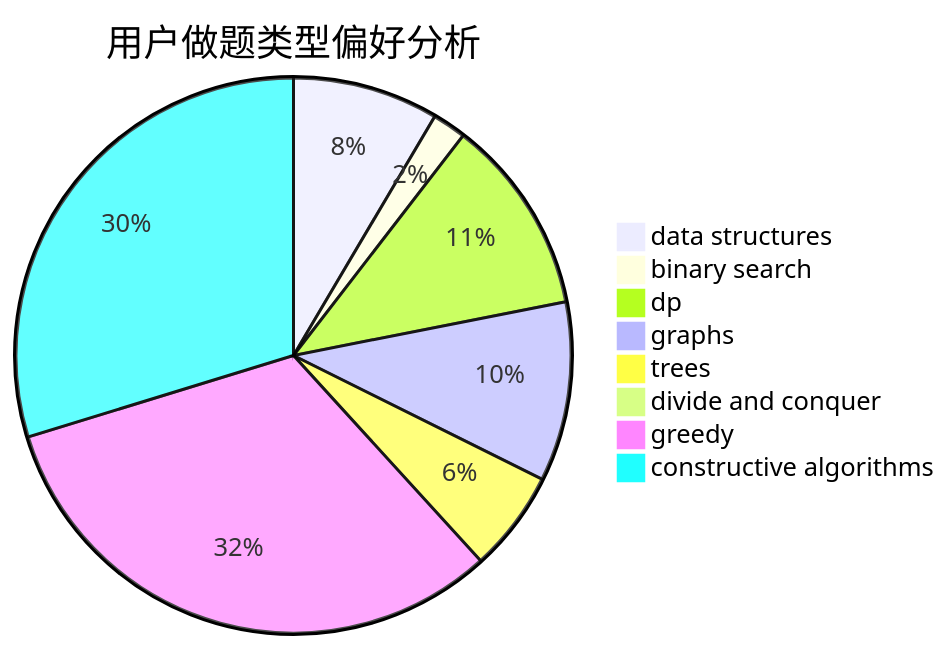
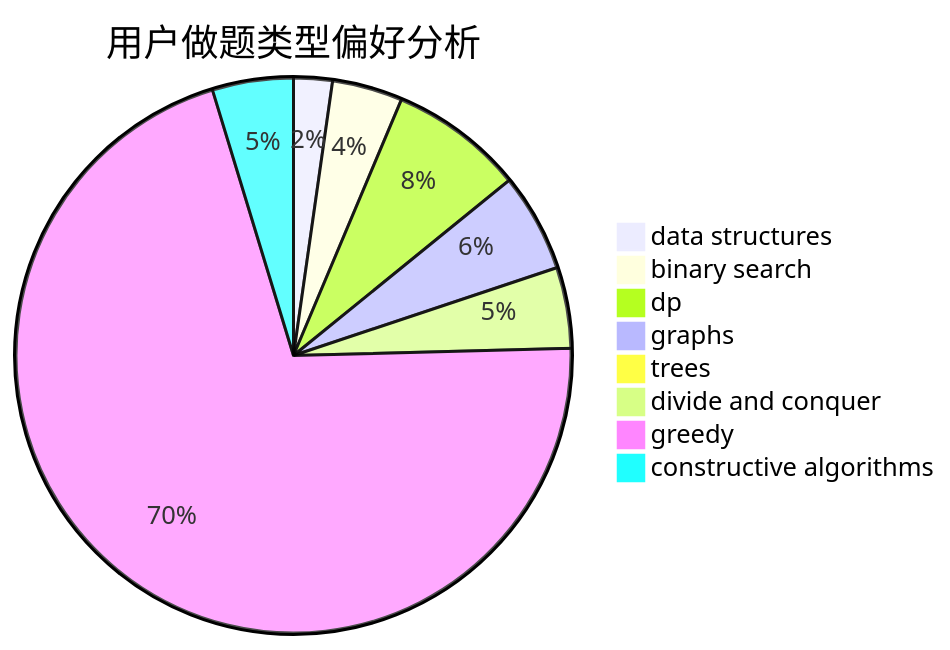
Before and after one commit to sherpahu/cfrs.github.io: the second of 3 diagrams in docs/user/u1376.md, drawn with Mermaid. The commit also changed other lines of this file and 2770 other files, not shown here.

````diff
--- a/docs/user/u1376.md
+++ b/docs/user/u1376.md
@@ -23,11 +23,11 @@
 ```mermaid
 pie title 用户做题类型偏好分析
-    "data structures" :  26
-    "binary search" :  6
-    "dp" :  35
-    "graphs" :  32
-    "trees" :  18
-    "divide and conquer" :  0
-    "greedy" :  98
-    "constructive algorithms" :  91
+    "data structures" :  11
+    "binary search" :  20
+    "dp" :  38
+    "graphs" :  28
+    "trees" :  3
+    "divide and conquer" :  23
+    "greedy" :  345
+    "constructive algorithms" :  23
 ```
````
